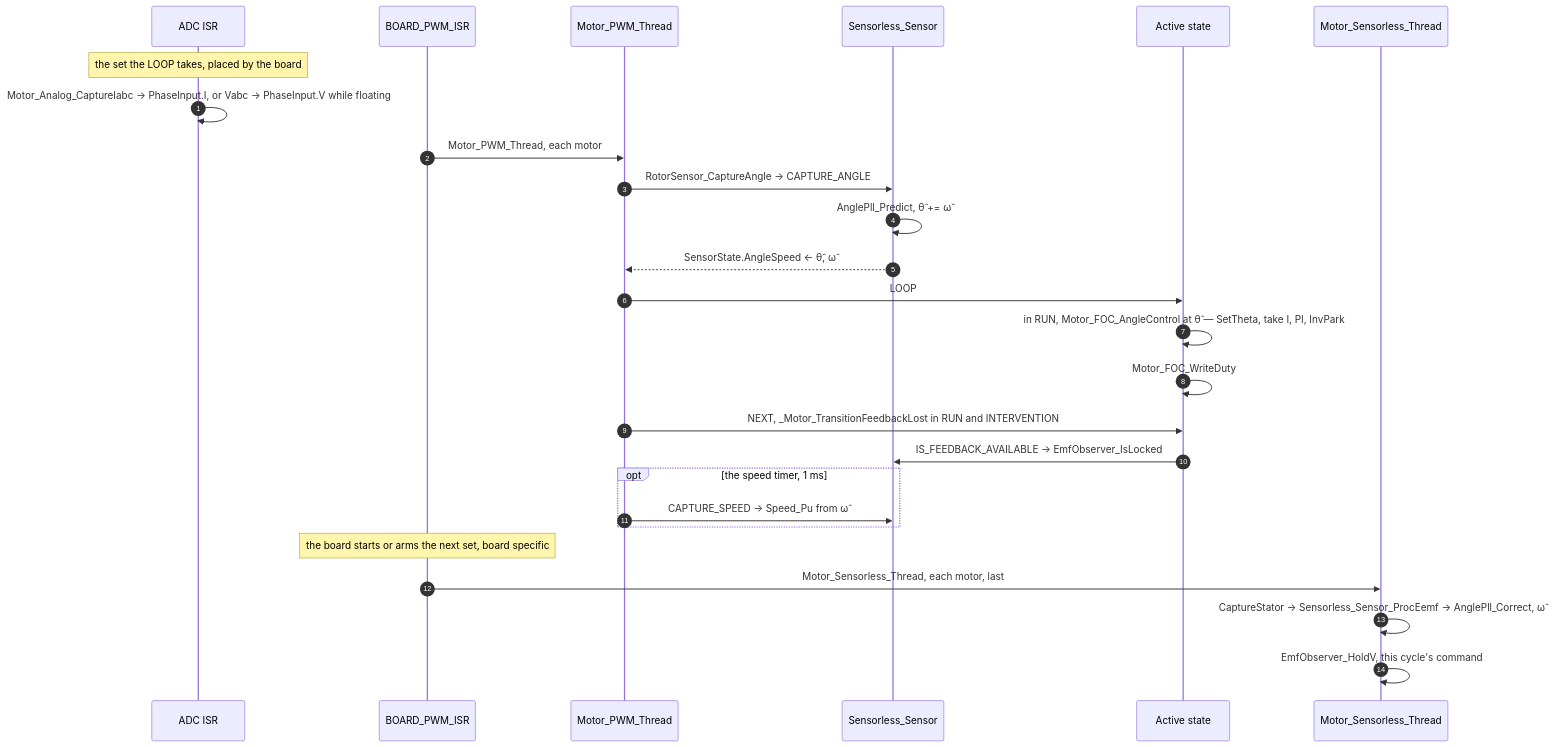
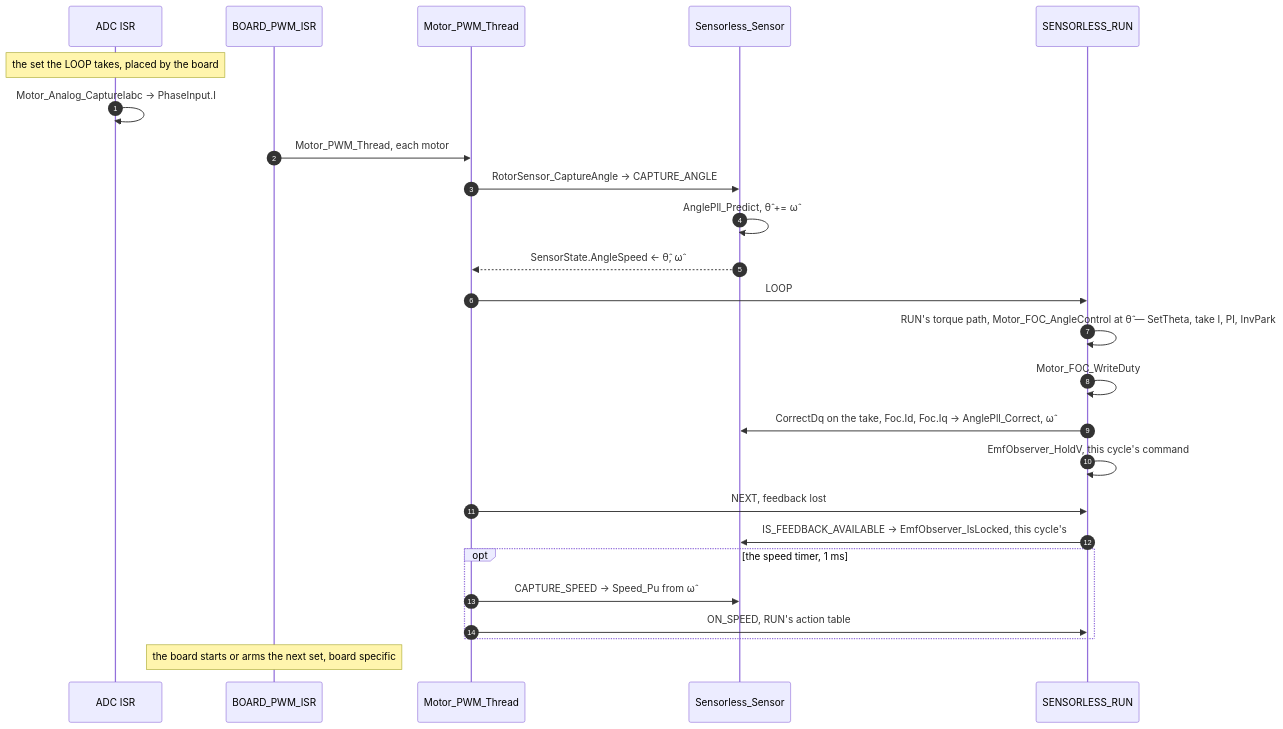
One commit to FireSourcery/FireSourcery_Library changed the third of 9 diagrams in Motor/Docs/Sensorless.md. Above: the diagram before and after it, drawn with Mermaid. The commit also changed other lines of this file and 24 other files, not shown here.

````diff
--- a/Motor/Docs/Sensorless.md
+++ b/Motor/Docs/Sensorless.md
@@ -170,29 +172,28 @@
 ```mermaid
 sequenceDiagram
     autonumber
     participant ADC as ADC ISR
     participant ISR as BOARD_PWM_ISR
     participant Thr as Motor_PWM_Thread
     participant Sen as Sensorless_Sensor
-    participant St as Active state
-    participant Obs as Motor_Sensorless_Thread
+    participant St as SENSORLESS_RUN
 
     Note over ADC: the set the LOOP takes, placed by the board
-    ADC->>ADC: Motor_Analog_CaptureIabc → PhaseInput.I, or Vabc → PhaseInput.V while floating
+    ADC->>ADC: Motor_Analog_CaptureIabc → PhaseInput.I
     ISR->>Thr: Motor_PWM_Thread, each motor
     Thr->>Sen: RotorSensor_CaptureAngle → CAPTURE_ANGLE
     Sen->>Sen: AnglePll_Predict, θ̂ += ω̂
     Sen-->>Thr: SensorState.AngleSpeed ← θ̂, ω̂
     Thr->>St: LOOP
-    St->>St: in RUN, Motor_FOC_AngleControl at θ̂ — SetTheta, take I, PI, InvPark
+    St->>St: RUN's torque path, Motor_FOC_AngleControl at θ̂ — SetTheta, take I, PI, InvPark
     St->>St: Motor_FOC_WriteDuty
-    Thr->>St: NEXT, _Motor_TransitionFeedbackLost in RUN and INTERVENTION
-    St->>Sen: IS_FEEDBACK_AVAILABLE → EmfObserver_IsLocked
+    St->>Sen: CorrectDq on the take, Foc.Id, Foc.Iq → AnglePll_Correct, ω̂
+    St->>St: EmfObserver_HoldV, this cycle's command
+    Thr->>St: NEXT, feedback lost
+    St->>Sen: IS_FEEDBACK_AVAILABLE → EmfObserver_IsLocked, this cycle's
     opt the speed timer, 1 ms
         Thr->>Sen: CAPTURE_SPEED → Speed_Pu from ω̂
+        Thr->>St: ON_SPEED, RUN's action table
     end
     Note over ISR: the board starts or arms the next set, board specific
-    ISR->>Obs: Motor_Sensorless_Thread, each motor, last
-    Obs->>Obs: CaptureStator → Sensorless_Sensor_ProcEemf → AnglePll_Correct, ω̂
-    Obs->>Obs: EmfObserver_HoldV, this cycle's command
 ```
````
